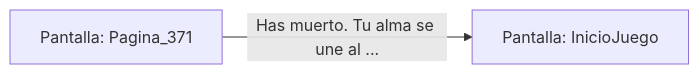
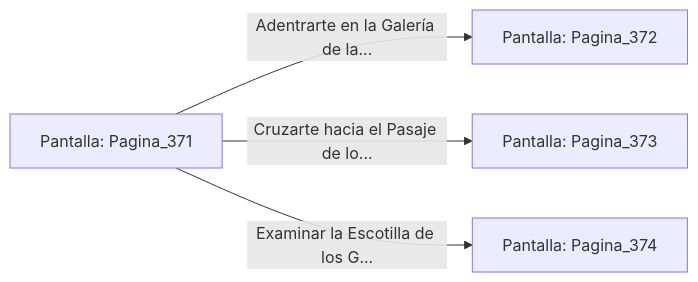
One commit to metsuke/mpl changed the diagram in sample/eligejuego-vault/Pantalla_Pagina_371.md. Above: the diagram before and after it, drawn with Mermaid. The commit also changed other lines of this file and 635 other files, not shown here.

First line of the commit message:
fix: añadir Pagina_1 como pantalla inicial en capitulo_01.mpl

````diff
--- a/sample/eligejuego-vault/Pantalla_Pagina_371.md
+++ b/sample/eligejuego-vault/Pantalla_Pagina_371.md
@@ -17,5 +27,7 @@
 ```mermaid
 graph LR
     P_Pagina_371["Pantalla: Pagina_371"]
-    P_Pagina_371 -->|"Has muerto. Tu alma se une al ..."| P_InicioJuego["Pantalla: InicioJuego"]
+    P_Pagina_371 -->|"Adentrarte en la Galería de la..."| P_Pagina_372["Pantalla: Pagina_372"]
+    P_Pagina_371 -->|"Cruzarte hacia el Pasaje de lo..."| P_Pagina_373["Pantalla: Pagina_373"]
+    P_Pagina_371 -->|"Examinar la Escotilla de los G..."| P_Pagina_374["Pantalla: Pagina_374"]
 ```
````
